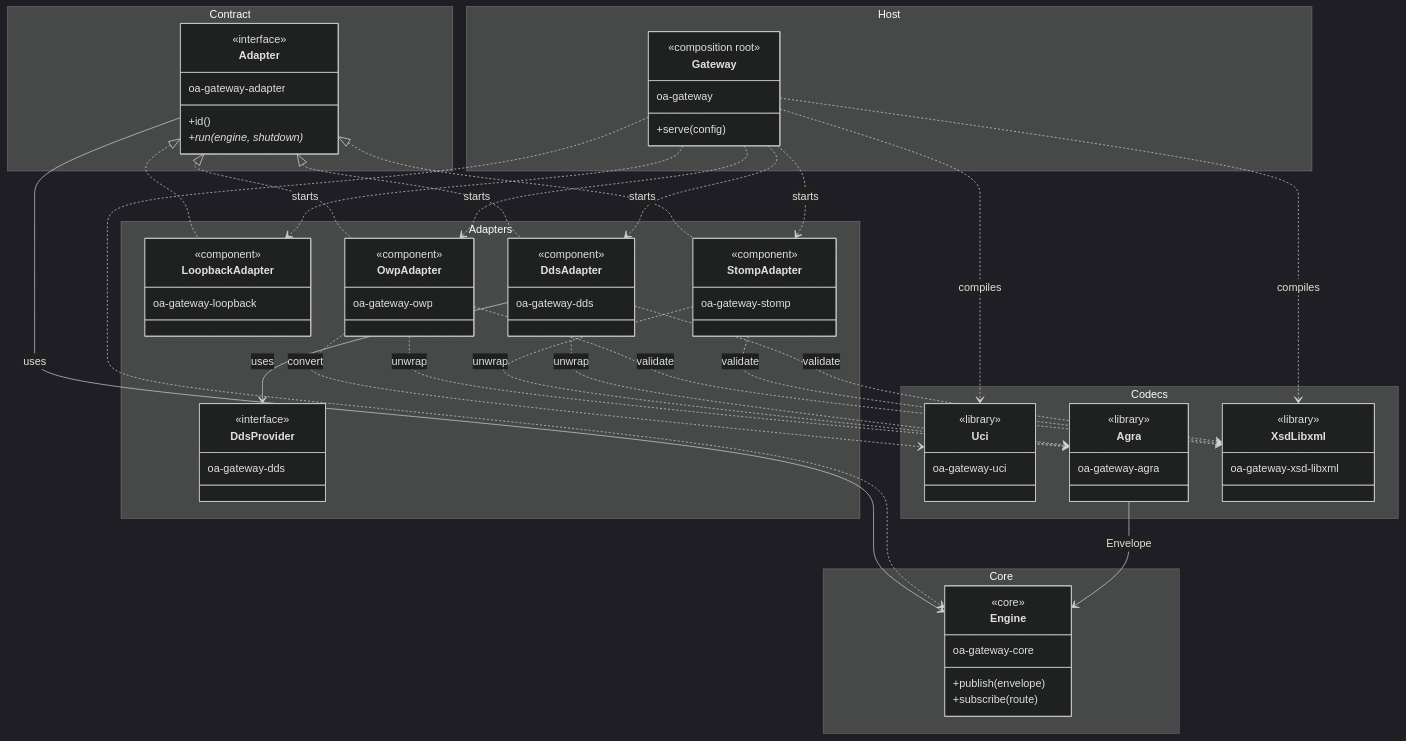
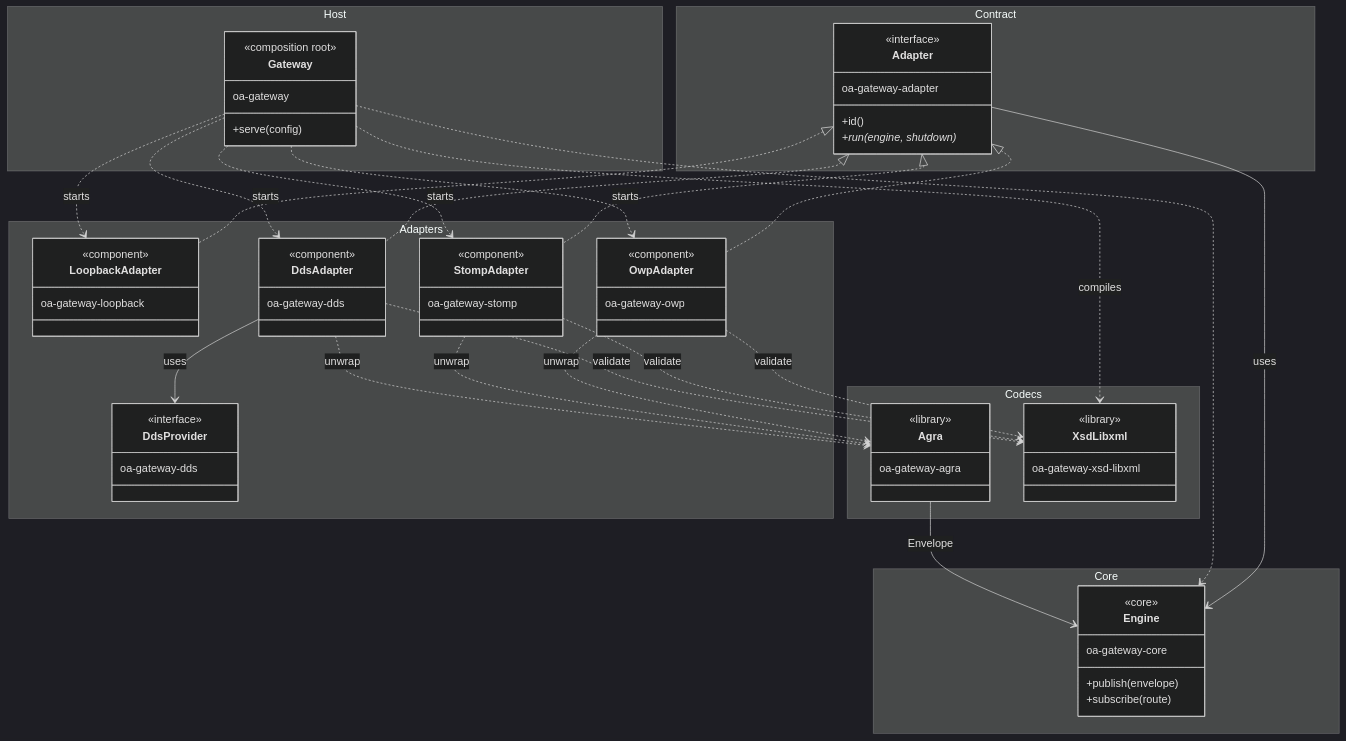
Before and after one commit to OpenAutonomy/oa-gateway: the first of 2 diagrams in docs/architecture.md, drawn with Mermaid (dark theme). The commit also changed other lines of this file and 110 other files, not shown here.

```diff
--- a/docs/architecture.md
+++ b/docs/architecture.md
@@ -53,10 +53,6 @@
     }
 
     namespace Codecs {
-        class Uci {
-            <<library>>
-            oa-gateway-uci
-        }
         class Agra {
             <<library>>
             oa-gateway-agra
@@ -87,9 +83,7 @@
     Gateway ..> StompAdapter : starts
     Gateway ..> DdsAdapter : starts
     Gateway ..> Engine
-    Gateway ..> Uci : compiles
     Gateway ..> XsdLibxml : compiles
-    OwpAdapter ..> Uci : convert
     OwpAdapter ..> XsdLibxml : validate
     OwpAdapter ..> Agra : unwrap
     StompAdapter ..> XsdLibxml : validate
```
